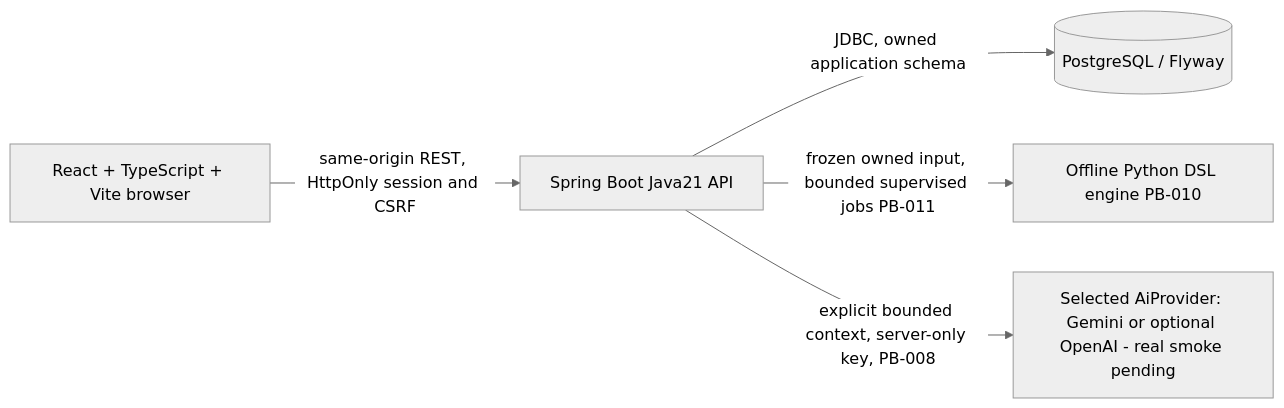
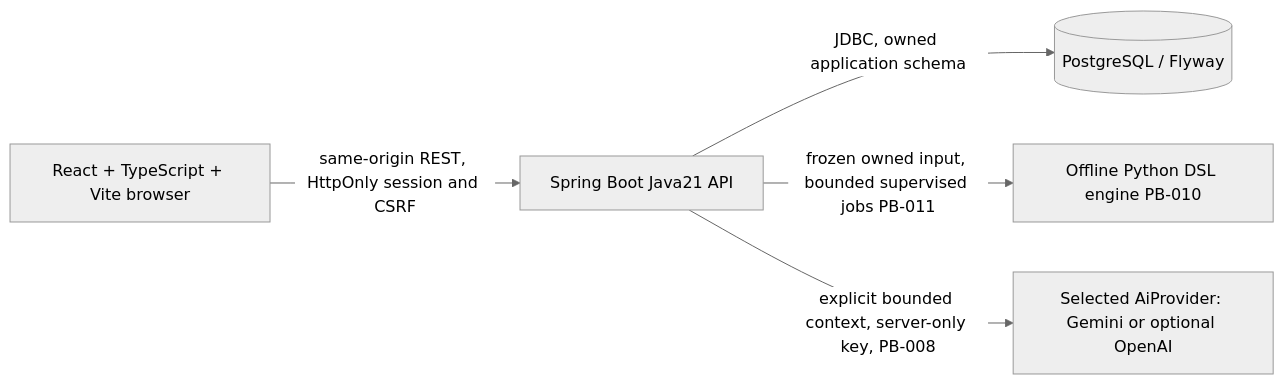
One commit to tranbaohoang10/AITrading changed the first of 2 diagrams in docs/architecture.md. Above: the diagram before and after it, drawn with Mermaid (neutral theme). The commit also changed other lines of this file and 6 other files, not shown here.

````diff
--- a/docs/architecture.md
+++ b/docs/architecture.md
@@ -14,12 +14,12 @@
 ```mermaid
 flowchart LR
   Browser[React + TypeScript + Vite browser]
   API[Spring Boot Java21 API]
   DB[(PostgreSQL / Flyway)]
   Python[Offline Python DSL engine PB-010]
-  Provider[Selected AiProvider: Gemini or optional OpenAI - real smoke pending]
+  Provider[Selected AiProvider: Gemini or optional OpenAI]
   Browser -->|same-origin REST, HttpOnly session and CSRF| API
   API -->|JDBC, owned application schema| DB
   API -->|frozen owned input, bounded supervised jobs PB-011| Python
   API -->|explicit bounded context, server-only key, PB-008| Provider
 ```
````
